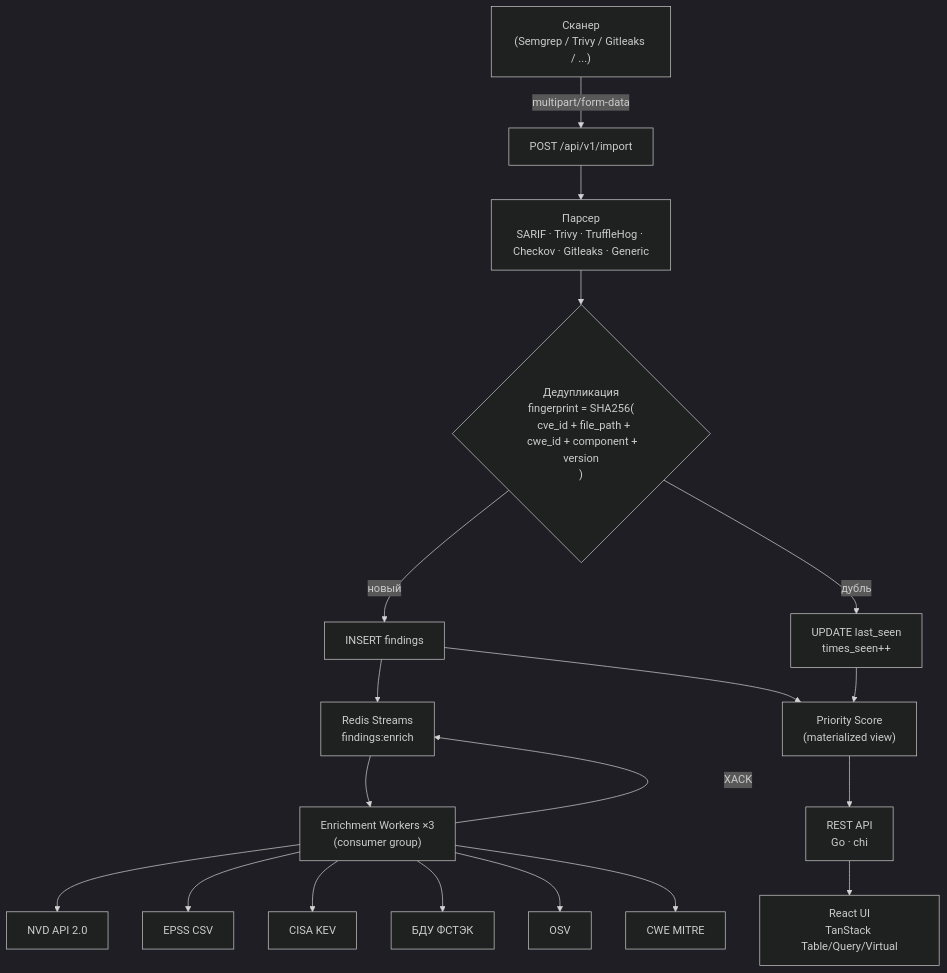
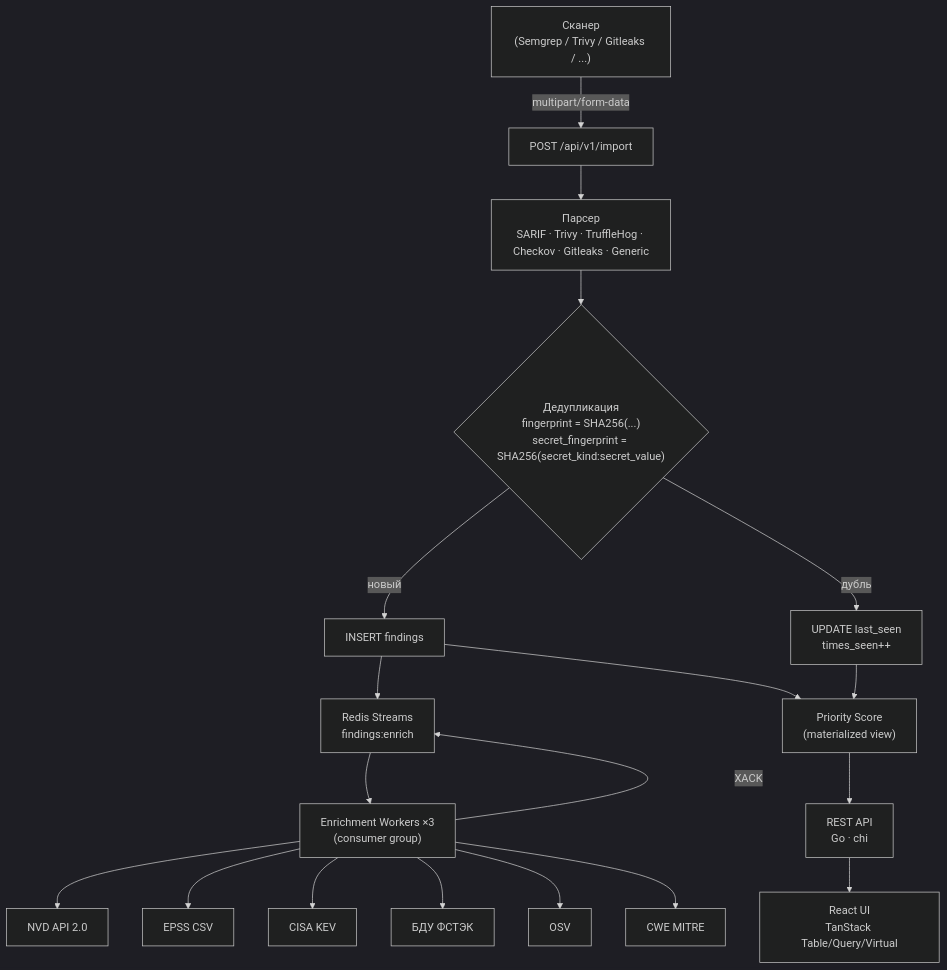
Before and after one commit to Nefrit0n/Red-Lycoris: the diagram in docs/architecture.md, drawn with Mermaid (dark theme). The commit also changed 51 other files, not shown here.

````diff
--- a/docs/architecture.md
+++ b/docs/architecture.md
@@ -5,33 +5,33 @@
 ```mermaid
 flowchart TD
     Scanner["Сканер\n(Semgrep / Trivy / Gitleaks / ...)"]
     Import["POST /api/v1/import"]
     Parser["Парсер\nSARIF · Trivy · TruffleHog · Checkov · Gitleaks · Generic"]
-    Dedup{"Дедупликация\nfingerprint = SHA256(\n  cve_id + file_path +\n  cwe_id + component + version\n)"}
+    Dedup{"Дедупликация\nfingerprint = SHA256(...)\nsecret_fingerprint = SHA256(secret_kind:secret_value)"}
     Insert["INSERT findings"]
     Update["UPDATE last_seen\ntimes_seen++"]
     Stream["Redis Streams\nfindings:enrich"]
     Workers["Enrichment Workers ×3\n(consumer group)"]
     NVD["NVD API 2.0"]
     EPSS["EPSS CSV"]
     KEV["CISA KEV"]
     BDU["БДУ ФСТЭК"]
     OSV["OSV"]
     CWE["CWE MITRE"]
     Score["Priority Score\n(materialized view)"]
     API["REST API\nGo · chi"]
     UI["React UI\nTanStack Table/Query/Virtual"]
 
     Scanner -->|multipart/form-data| Import
     Import --> Parser
     Parser --> Dedup
     Dedup -->|новый| Insert
     Dedup -->|дубль| Update
     Insert --> Stream
     Stream --> Workers
     Workers --> NVD & EPSS & KEV & BDU & OSV & CWE
     Workers -->|XACK| Stream
     Insert & Update --> Score
     Score --> API
     API --> UI
 ```
````
